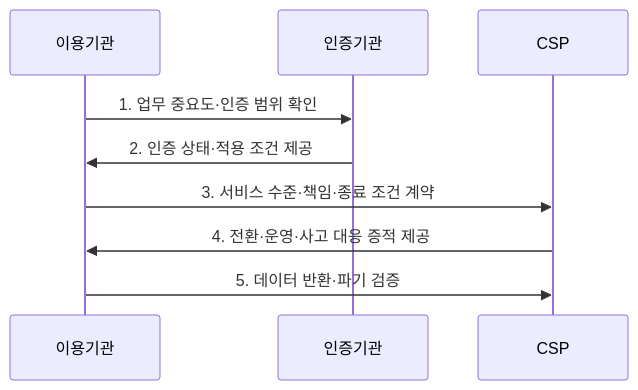
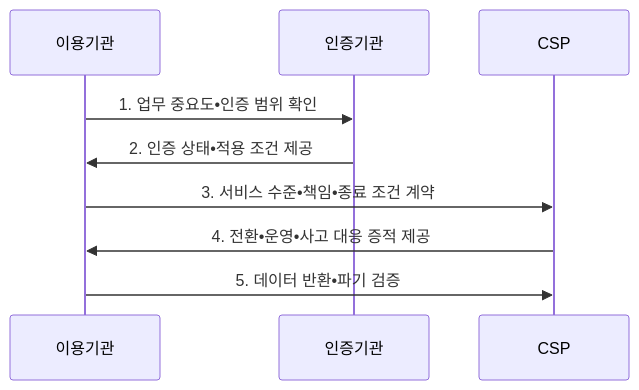
The second of 2 diagrams in src/content/docs/notes/07-law-policy/027_cloud_computing_act.md (agnusdei1207/knowledge-base), drawn with Mermaid before and after one commit. The commit also changed other lines of this file and 953 other files, not shown here.

````diff
--- a/src/content/docs/notes/07-law-policy/027_cloud_computing_act.md
+++ b/src/content/docs/notes/07-law-policy/027_cloud_computing_act.md
@@ -106,11 +106,11 @@
 ```mermaid
 sequenceDiagram
     participant 이용기관
     participant 인증기관
     participant CSP
-    이용기관->>인증기관: 1. 업무 중요도·인증 범위 확인
-    인증기관->>이용기관: 2. 인증 상태·적용 조건 제공
-    이용기관->>CSP: 3. 서비스 수준·책임·종료 조건 계약
-    CSP->>이용기관: 4. 전환·운영·사고 대응 증적 제공
-    이용기관->>CSP: 5. 데이터 반환·파기 검증
+    이용기관->>인증기관: 1. 업무 중요도•인증 범위 확인
+    인증기관->>이용기관: 2. 인증 상태•적용 조건 제공
+    이용기관->>CSP: 3. 서비스 수준•책임•종료 조건 계약
+    CSP->>이용기관: 4. 전환•운영•사고 대응 증적 제공
+    이용기관->>CSP: 5. 데이터 반환•파기 검증
 ```
````
